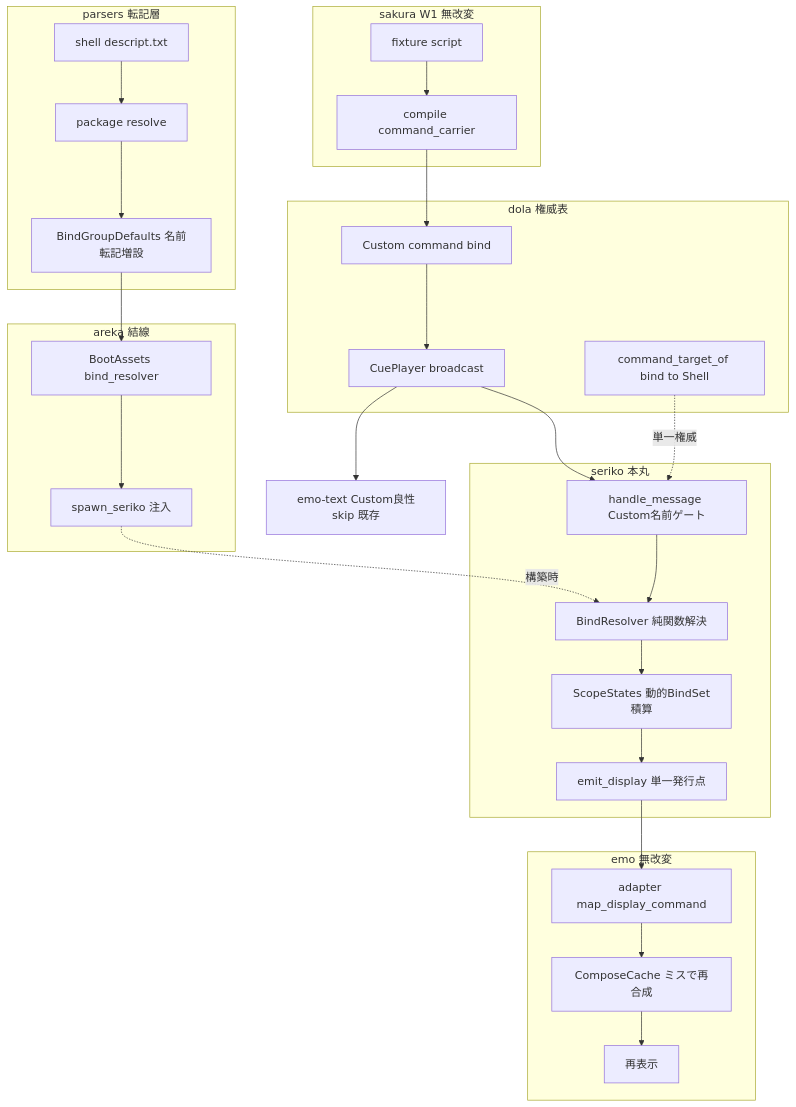
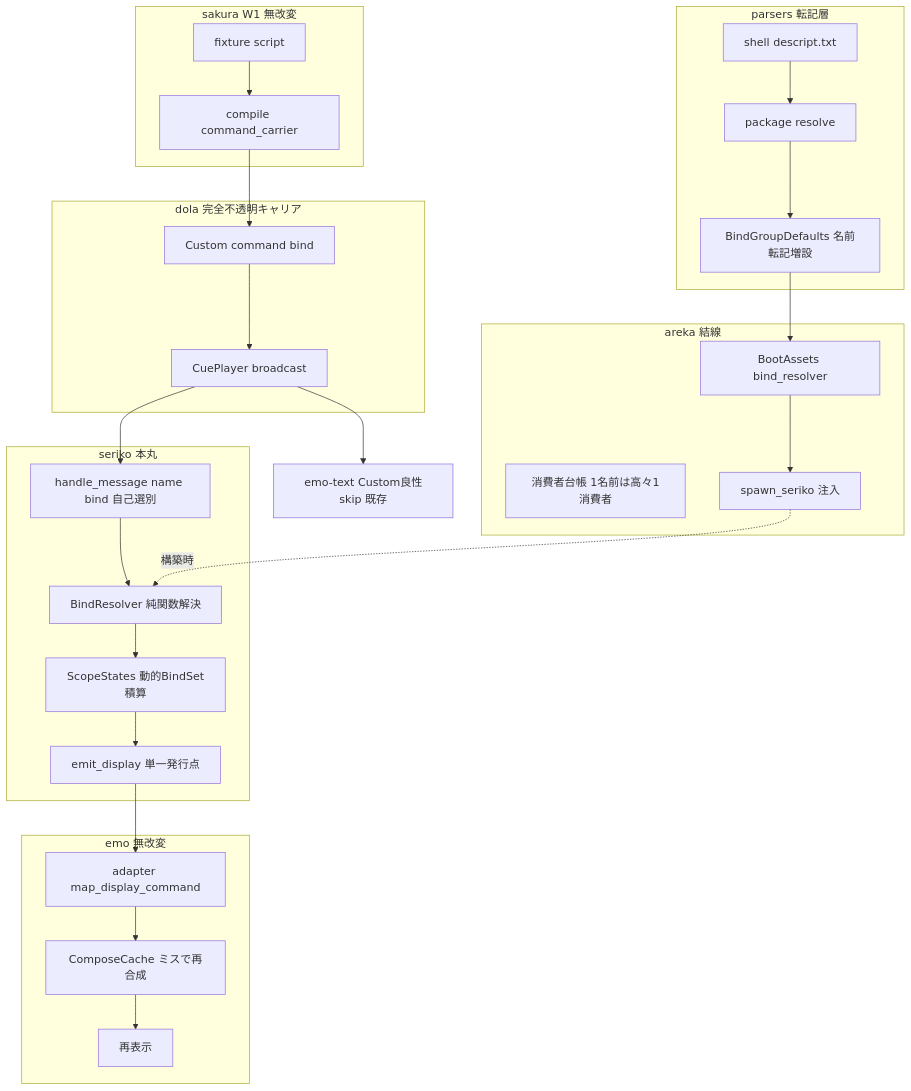
The first of 2 diagrams in .kiro/specs/areka-P0-mayuna-compose/design.md (ekicyou/areka), drawn with Mermaid before and after one commit. The commit also changed other lines of this file and 2 other files, not shown here.

Commit message:
docs(areka-P0-mayuna-compose): resolve design discussion #1 - opaque Custom carrier, retire dola name table, contract update (R2.6)

````diff
--- a/.kiro/specs/areka-P0-mayuna-compose/design.md
+++ b/.kiro/specs/areka-P0-mayuna-compose/design.md
@@ -84,33 +85,32 @@
 ```mermaid
 graph TB
     subgraph parsers2[parsers 転記層]
         Descript[shell descript.txt] --> ResolveFn[package resolve]
         ResolveFn --> BGD[BindGroupDefaults 名前転記増設]
     end
     subgraph sakura4[sakura W1 無改変]
         Script[fixture script] --> Compile[compile command_carrier]
     end
-    subgraph dola1[dola 権威表]
+    subgraph dola1[dola 完全不透明キャリア]
         Compile --> Custom[Custom command bind]
         Custom --> Broadcast[CuePlayer broadcast]
-        CTO[command_target_of bind to Shell]
     end
     subgraph seriko5[seriko 本丸]
-        Broadcast --> Handle[handle_message Custom名前ゲート]
-        CTO -.単一権威.-> Handle
+        Broadcast --> Handle[handle_message name bind 自己選別]
         Handle --> BR[BindResolver 純関数解決]
         BR --> SS[ScopeStates 動的BindSet積算]
         SS --> Emit[emit_display 単一発行点]
     end
     subgraph areka0[areka 結線]
+        Ledger[消費者台帳 1名前は高々1消費者]
         BGD --> Assets[BootAssets bind_resolver]
         Assets --> Spawn[spawn_seriko 注入]
         Spawn -.構築時.-> BR
     end
     subgraph emo6[emo 無改変]
         Emit --> Adapter[adapter map_display_command]
         Adapter --> Cache[ComposeCache ミスで再合成]
         Cache --> Present[再表示]
     end
     Broadcast --> EmoText[emo-text Custom良性skip 既存]
 ```
````
